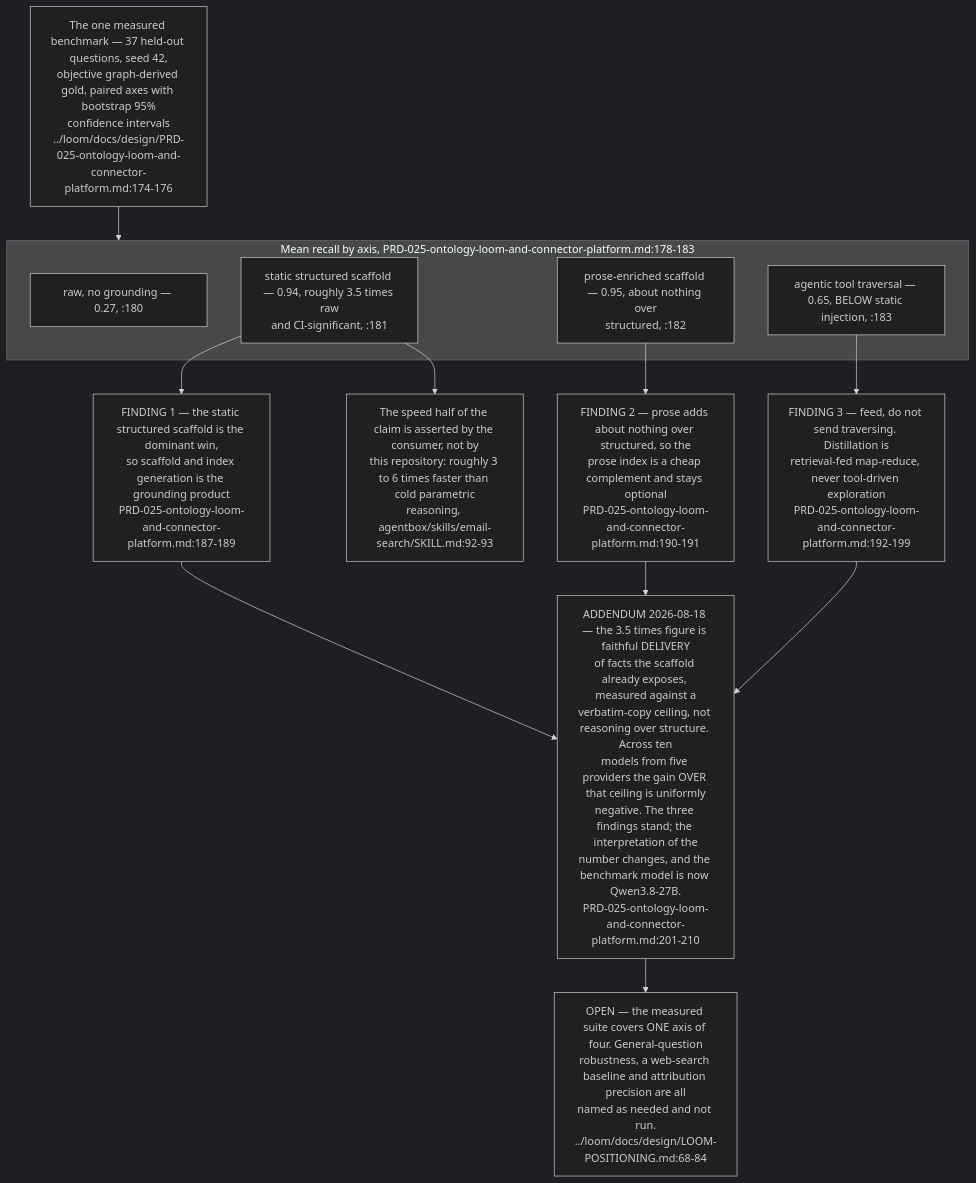
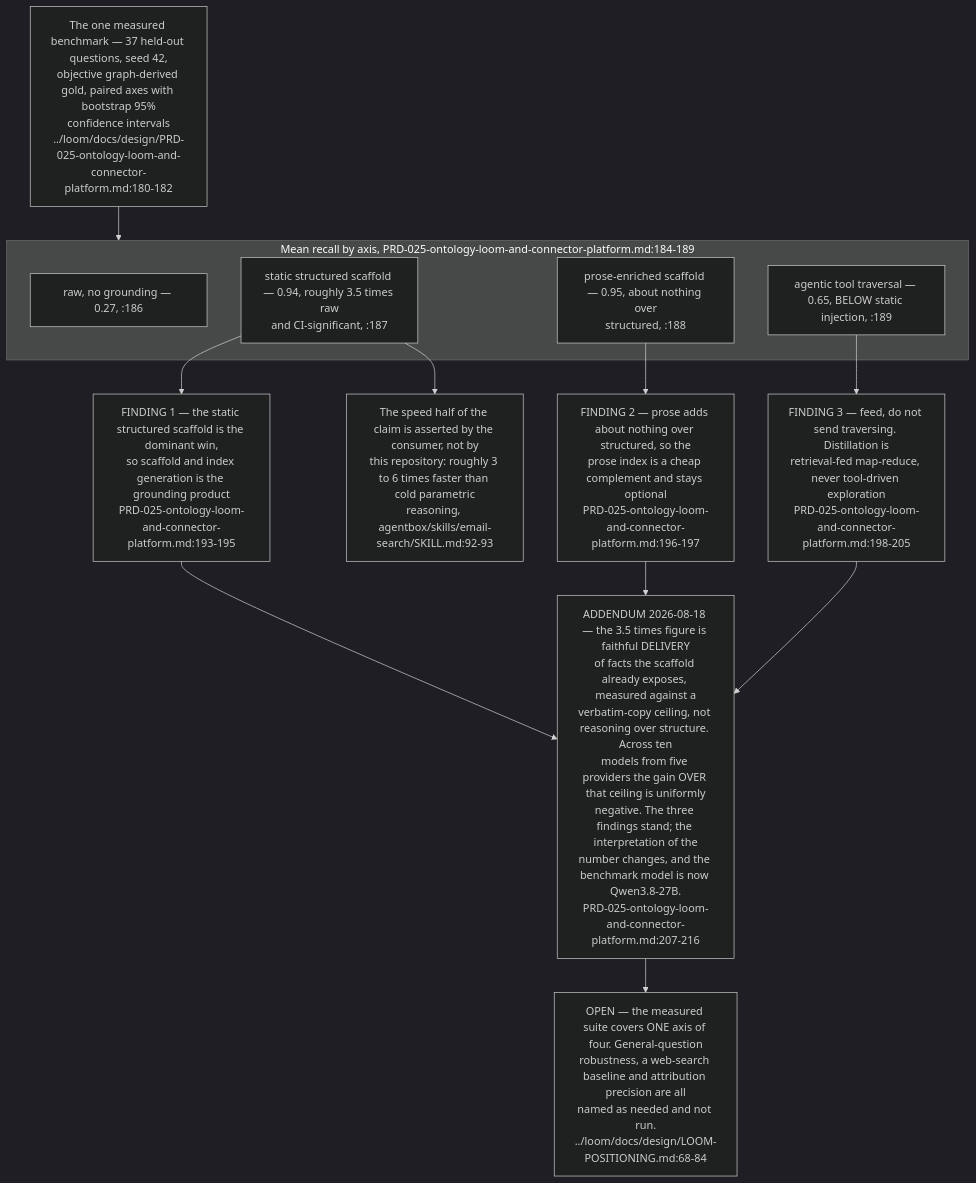
Before and after one commit to DreamLab-AI/VisionFlow: the first of 7 diagrams in docs/diagrams/estate/12-loom-evaluation-and-preregistration.md, drawn with Mermaid (dark theme). The commit also changed other lines of this file and 136 other files, not shown here.

First line of the commit message:
docs(diagrams): refresh the whole corpus to code HEAD and prune low-value diagrams

````diff
--- a/docs/diagrams/estate/12-loom-evaluation-and-preregistration.md
+++ b/docs/diagrams/estate/12-loom-evaluation-and-preregistration.md
@@ -45,30 +36,30 @@
 ```mermaid
 flowchart TB
-    BENCH["The one measured benchmark — 37 held-out questions, seed 42,<br/>objective graph-derived gold, paired axes with bootstrap 95%<br/>confidence intervals<br/>../loom/docs/design/PRD-025-ontology-loom-and-connector-platform.md:174-176"]
+    BENCH["The one measured benchmark — 37 held-out questions, seed 42,<br/>objective graph-derived gold, paired axes with bootstrap 95%<br/>confidence intervals<br/>../loom/docs/design/PRD-025-ontology-loom-and-connector-platform.md:180-182"]
 
-    subgraph AXES["Mean recall by axis, PRD-025-ontology-loom-and-connector-platform.md:178-183"]
-        A0["raw, no grounding — 0.27, :180"]
-        A1["static structured scaffold — 0.94, roughly 3.5 times raw<br/>and CI-significant, :181"]
-        A2["prose-enriched scaffold — 0.95, about nothing over<br/>structured, :182"]
-        A3["agentic tool traversal — 0.65, BELOW static injection, :183"]
+    subgraph AXES["Mean recall by axis, PRD-025-ontology-loom-and-connector-platform.md:184-189"]
+        A0["raw, no grounding — 0.27, :186"]
+        A1["static structured scaffold — 0.94, roughly 3.5 times raw<br/>and CI-significant, :187"]
+        A2["prose-enriched scaffold — 0.95, about nothing over<br/>structured, :188"]
+        A3["agentic tool traversal — 0.65, BELOW static injection, :189"]
     end
     BENCH --> AXES
 
-    F1["FINDING 1 — the static structured scaffold is the dominant win,<br/>so scaffold and index generation is the grounding product<br/>PRD-025-ontology-loom-and-connector-platform.md:187-189"]
-    F2["FINDING 2 — prose adds about nothing over structured, so the<br/>prose index is a cheap complement and stays optional<br/>PRD-025-ontology-loom-and-connector-platform.md:190-191"]
-    F3["FINDING 3 — feed, do not send traversing. Distillation is<br/>retrieval-fed map-reduce, never tool-driven exploration<br/>PRD-025-ontology-loom-and-connector-platform.md:192-199"]
+    F1["FINDING 1 — the static structured scaffold is the dominant win,<br/>so scaffold and index generation is the grounding product<br/>PRD-025-ontology-loom-and-connector-platform.md:193-195"]
+    F2["FINDING 2 — prose adds about nothing over structured, so the<br/>prose index is a cheap complement and stays optional<br/>PRD-025-ontology-loom-and-connector-platform.md:196-197"]
+    F3["FINDING 3 — feed, do not send traversing. Distillation is<br/>retrieval-fed map-reduce, never tool-driven exploration<br/>PRD-025-ontology-loom-and-connector-platform.md:198-205"]
     A1 --> F1
     A2 --> F2
     A3 --> F3
 
-    ADD["ADDENDUM 2026-08-18 — the 3.5 times figure is faithful DELIVERY<br/>of facts the scaffold already exposes, measured against a<br/>verbatim-copy ceiling, not reasoning over structure. Across ten<br/>models from five providers the gain OVER that ceiling is uniformly<br/>negative. The three findings stand; the interpretation of the<br/>number changes, and the benchmark model is now Qwen3.8-27B.<br/>PRD-025-ontology-loom-and-connector-platform.md:201-210"]
+    ADD["ADDENDUM 2026-08-18 — the 3.5 times figure is faithful DELIVERY<br/>of facts the scaffold already exposes, measured against a<br/>verbatim-copy ceiling, not reasoning over structure. Across ten<br/>models from five providers the gain OVER that ceiling is uniformly<br/>negative. The three findings stand; the interpretation of the<br/>number changes, and the benchmark model is now Qwen3.8-27B.<br/>PRD-025-ontology-loom-and-connector-platform.md:207-216"]
     F1 --> ADD
     F2 --> ADD
     F3 --> ADD
 
     SPEED["The speed half of the claim is asserted by the consumer, not by<br/>this repository: roughly 3 to 6 times faster than cold parametric<br/>reasoning, agentbox/skills/email-search/SKILL.md:92-93"]
     A1 --> SPEED
 
     GAP["OPEN — the measured suite covers ONE axis of four. General-question<br/>robustness, a web-search baseline and attribution precision are all<br/>named as needed and not run.<br/>../loom/docs/design/LOOM-POSITIONING.md:68-84"]
     ADD --> GAP
 ```
````
